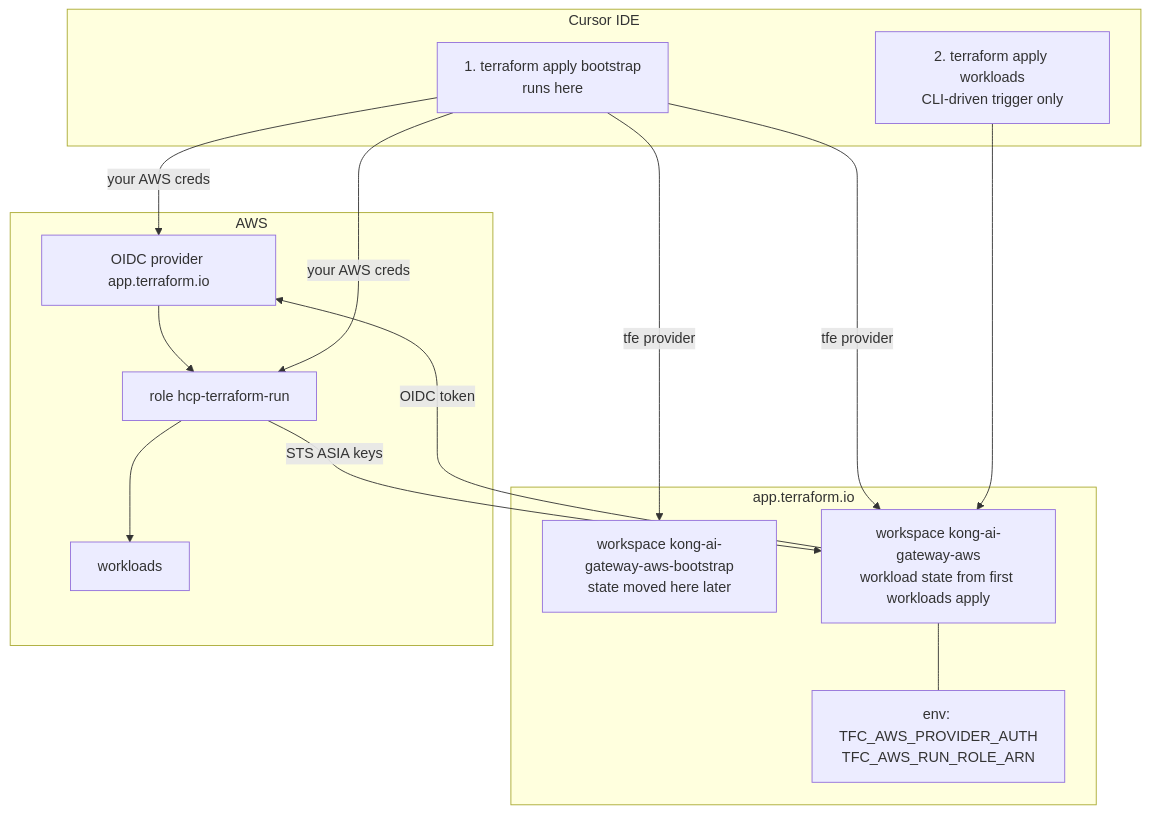
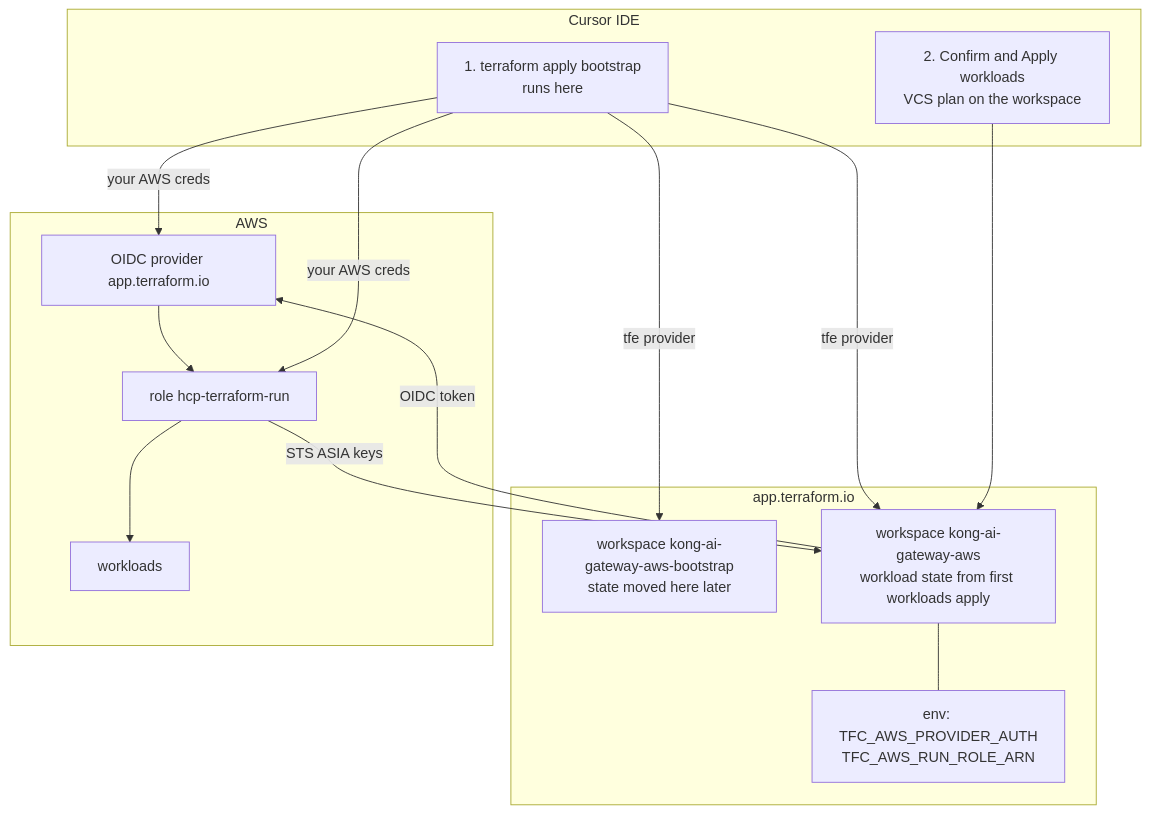
One commit to UttamGiri/kong-ai-gateway changed the ninth of 9 diagrams in aws/terraform/how-terraform-connects-to-aws.md. Above: the diagram before and after it, drawn with Mermaid. The commit also changed other lines of this file and 8 other files, not shown here.

First line of the commit message:
Switch the workloads workspace to VCS so plans show in HCP Terraform.

````diff
--- a/aws/terraform/how-terraform-connects-to-aws.md
+++ b/aws/terraform/how-terraform-connects-to-aws.md
@@ -338,29 +338,29 @@
 ```mermaid
 flowchart TB
     subgraph cursor [Cursor IDE]
         Apply1["1. terraform apply bootstrap<br/>runs here"]
-        Apply2["2. terraform apply workloads<br/>CLI-driven trigger only"]
+        Apply2["2. Confirm and Apply workloads<br/>VCS plan on the workspace"]
     end
 
     subgraph hcp [app.terraform.io]
         BootWS["workspace kong-ai-gateway-aws-bootstrap<br/>state moved here later"]
         WorkWS["workspace kong-ai-gateway-aws<br/>workload state from first workloads apply"]
         Vars["env: TFC_AWS_PROVIDER_AUTH<br/>TFC_AWS_RUN_ROLE_ARN"]
         WorkWS --- Vars
     end
 
     subgraph aws [AWS]
         IdP["OIDC provider app.terraform.io"]
         Role["role hcp-terraform-run"]
         Infra["workloads"]
         IdP --> Role --> Infra
     end
 
     Apply1 -->|"your AWS creds"| IdP
     Apply1 -->|"your AWS creds"| Role
     Apply1 -->|"tfe provider"| BootWS
     Apply1 -->|"tfe provider"| WorkWS
     Apply2 --> WorkWS
     WorkWS -->|"OIDC token"| IdP
     Role -->|"STS ASIA keys"| WorkWS
 ```
````
